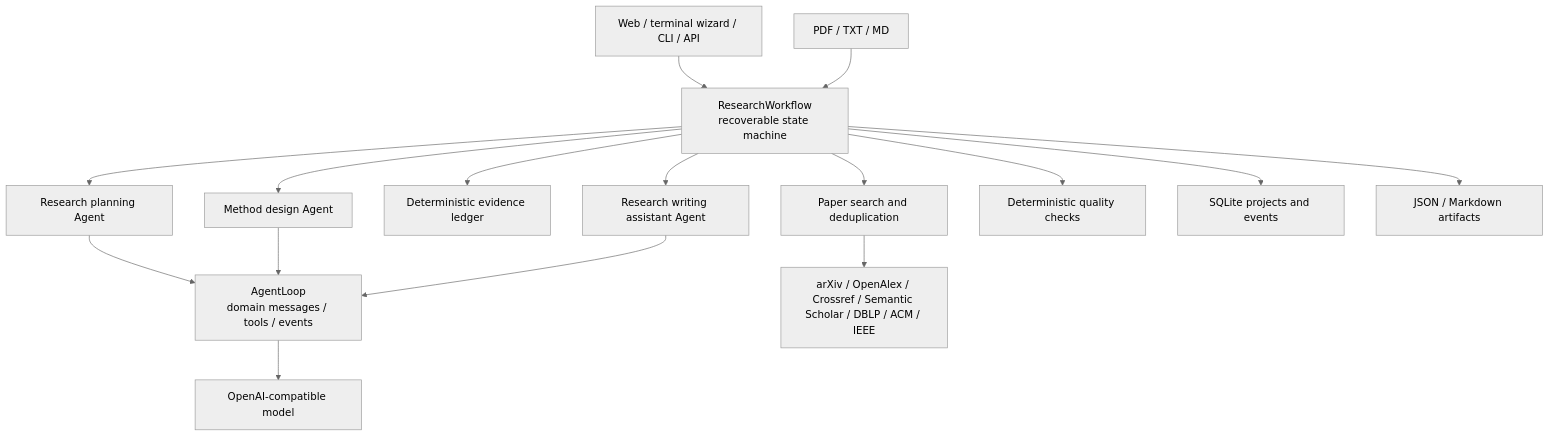
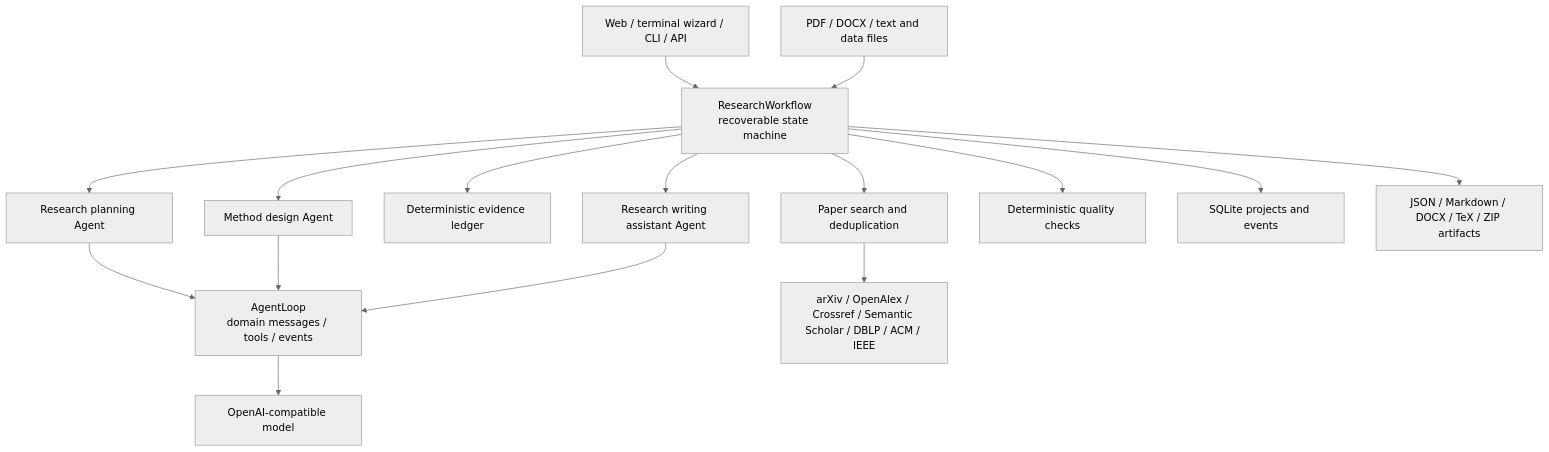
Before and after one commit to lyufeiyu/scholaros: the first of 2 diagrams in docs/architecture.md, drawn with Mermaid (neutral theme). The commit also changed other lines of this file and 581 other files, not shown here.

````diff
--- a/docs/architecture.md
+++ b/docs/architecture.md
@@ -11,16 +11,16 @@
 ```mermaid
 flowchart TB
     UI["Web / terminal wizard / CLI / API"] --> WF["ResearchWorkflow<br/>recoverable state machine"]
     WF --> RA["Research planning Agent"]
     WF --> LS["Paper search and deduplication"]
     WF --> ES["Deterministic evidence ledger"]
     WF --> MD["Method design Agent"]
     WF --> WR["Research writing assistant Agent"]
     WF --> CR["Deterministic quality checks"]
     RA & MD & WR --> RT["AgentLoop<br/>domain messages / tools / events"]
     RT --> LLM["OpenAI-compatible model"]
     LS --> SRC["arXiv / OpenAlex / Crossref / Semantic Scholar / DBLP / ACM / IEEE"]
     WF --> STORE["SQLite projects and events"]
-    WF --> ART["JSON / Markdown artifacts"]
-    ING["PDF / TXT / MD"] --> WF
+    WF --> ART["JSON / Markdown / DOCX / TeX / ZIP artifacts"]
+    ING["PDF / DOCX / text and data files"] --> WF
 ```
````
